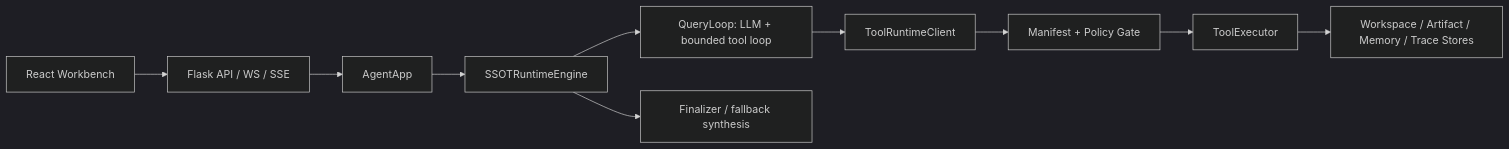
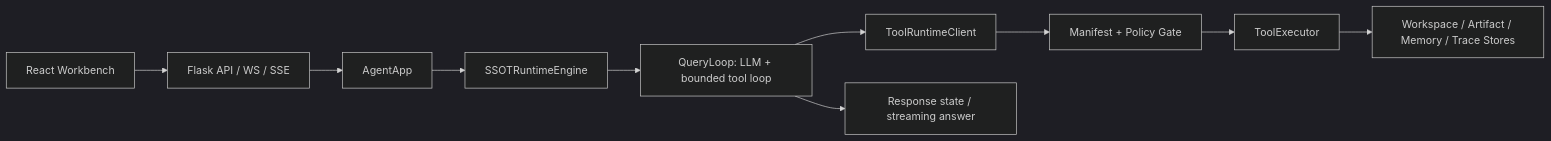
One commit to zhangh05/network_agent changed the diagram in README.md. Above: the diagram before and after it, drawn with Mermaid (dark theme). The commit also changed other lines of this file and 322 other files, not shown here.

````diff
--- a/README.md
+++ b/README.md
@@ -26,12 +26,12 @@
 ```mermaid
 flowchart LR
   UI["React Workbench"] --> API["Flask API / WS / SSE"]
   API --> App["AgentApp"]
   App --> SSOTRuntime["SSOTRuntimeEngine"]
   SSOTRuntime --> QueryLoop["QueryLoop: LLM + bounded tool loop"]
   QueryLoop --> Client["ToolRuntimeClient"]
-  SSOTRuntime --> Finalizer["Finalizer / fallback synthesis"]
+  QueryLoop --> Answer["Response state / streaming answer"]
   Client --> Policy["Manifest + Policy Gate"]
   Policy --> Exec["ToolExecutor"]
   Exec --> Store["Workspace / Artifact / Memory / Trace Stores"]
 ```
````
